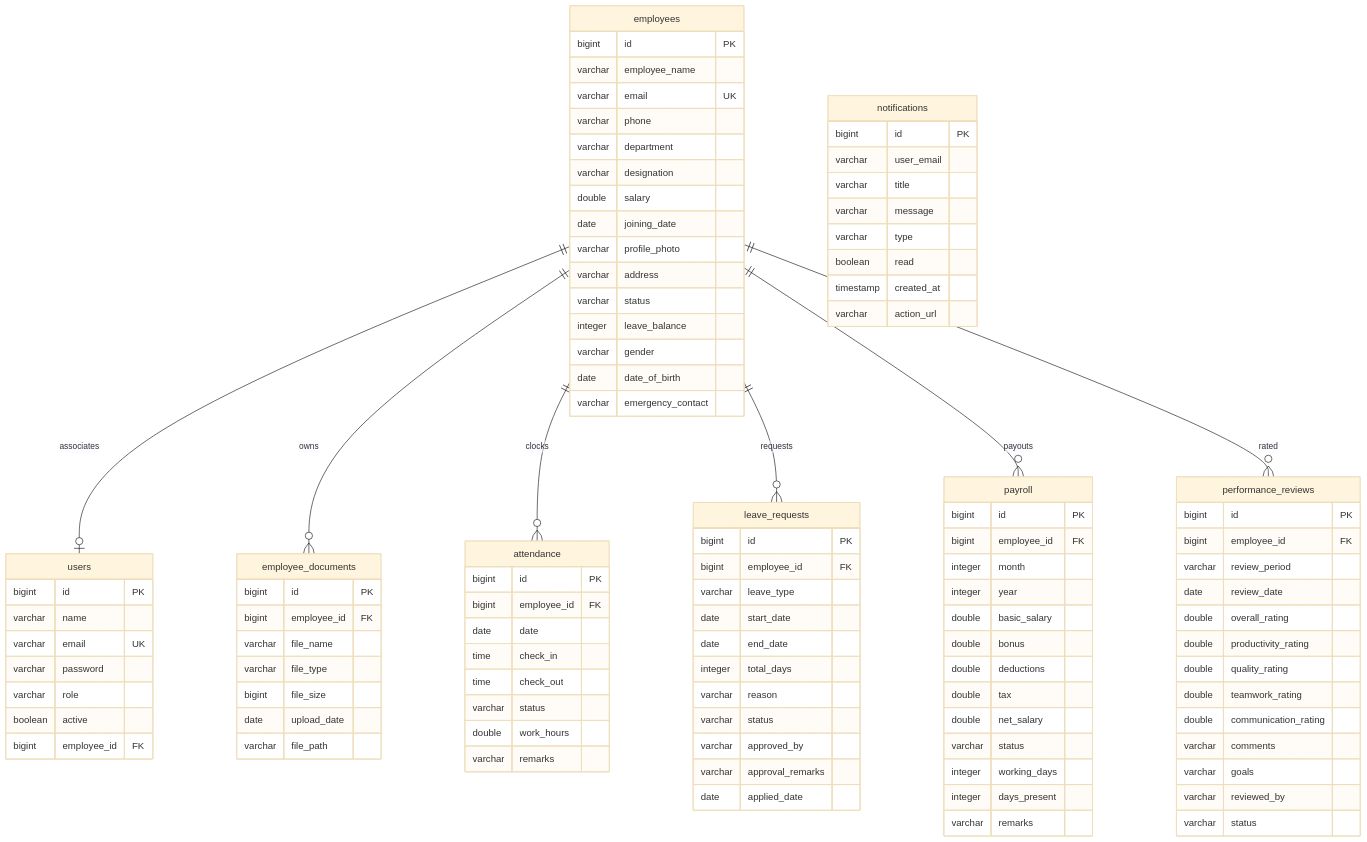
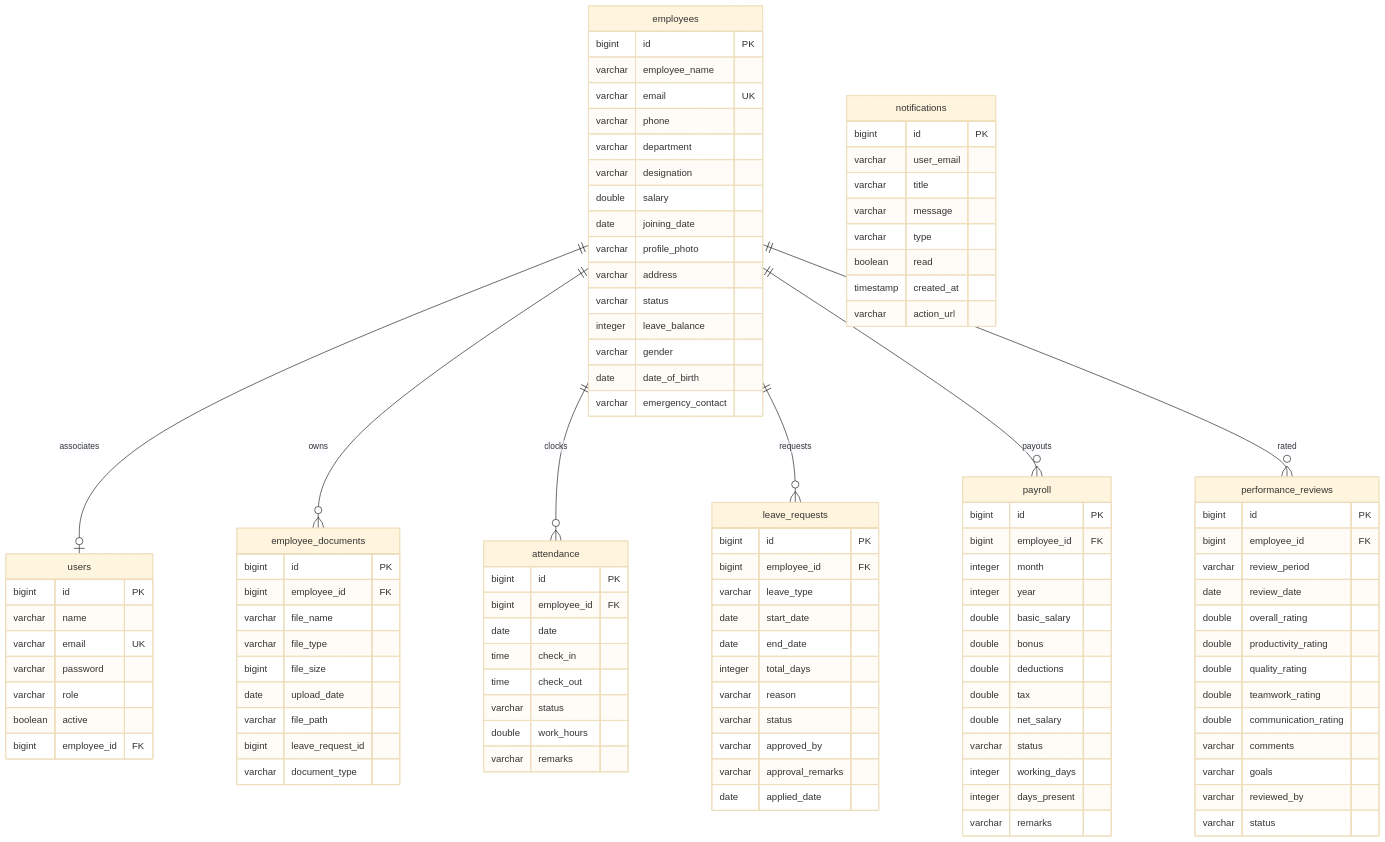
Before and after one commit to Sharon-Sam14/NexusHR: the diagram in docs/Database_Schema.md, drawn with Mermaid (base theme). The commit also changed other lines of this file and 294 other files, not shown here.

```diff
--- a/docs/Database_Schema.md
+++ b/docs/Database_Schema.md
@@ -42,6 +42,8 @@
         bigint file_size
         date upload_date
         varchar file_path
+        bigint leave_request_id
+        varchar document_type
     }
     attendance {
         bigint id PK
```
